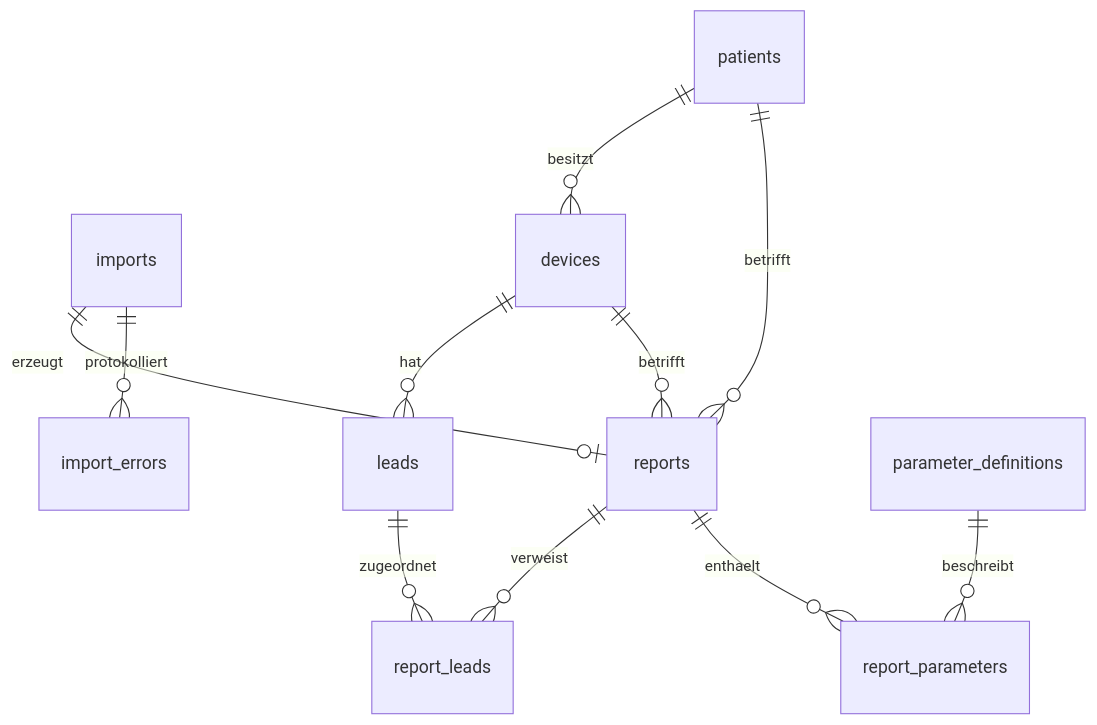
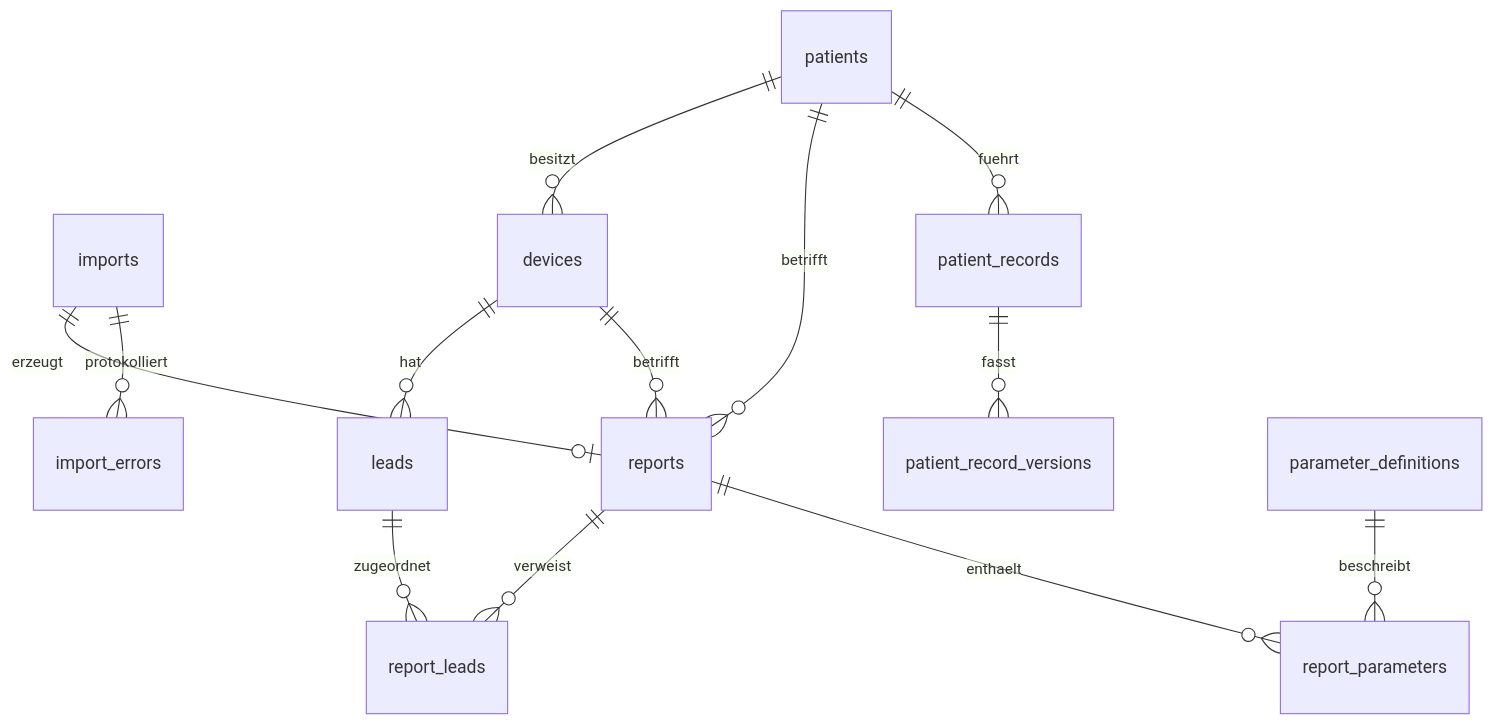
Before and after one commit to dareinelt/HSM2Med: the diagram in README.md, drawn with Mermaid. The commit also changed other lines of this file and 62 other files, not shown here.

````diff
--- a/README.md
+++ b/README.md
@@ -374,13 +455,15 @@
 ```mermaid
 erDiagram
     imports ||--o| reports : erzeugt
     imports ||--o{ import_errors : protokolliert
     patients ||--o{ devices : besitzt
     patients ||--o{ reports : betrifft
+    patients ||--o{ patient_records : fuehrt
+    patient_records ||--o{ patient_record_versions : fasst
     devices ||--o{ leads : hat
     devices ||--o{ reports : betrifft
     reports ||--o{ report_leads : verweist
     leads ||--o{ report_leads : zugeordnet
     reports ||--o{ report_parameters : enthaelt
     parameter_definitions ||--o{ report_parameters : beschreibt
 ```
````
